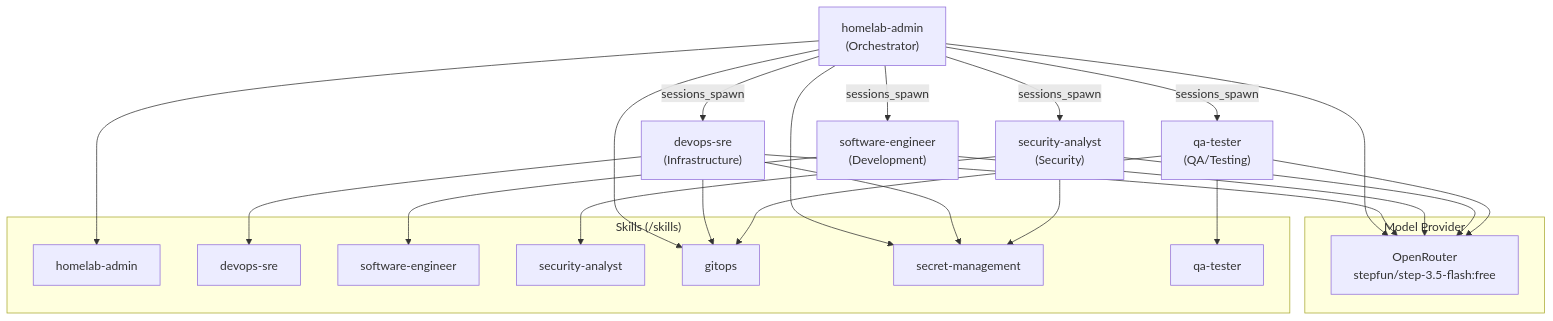
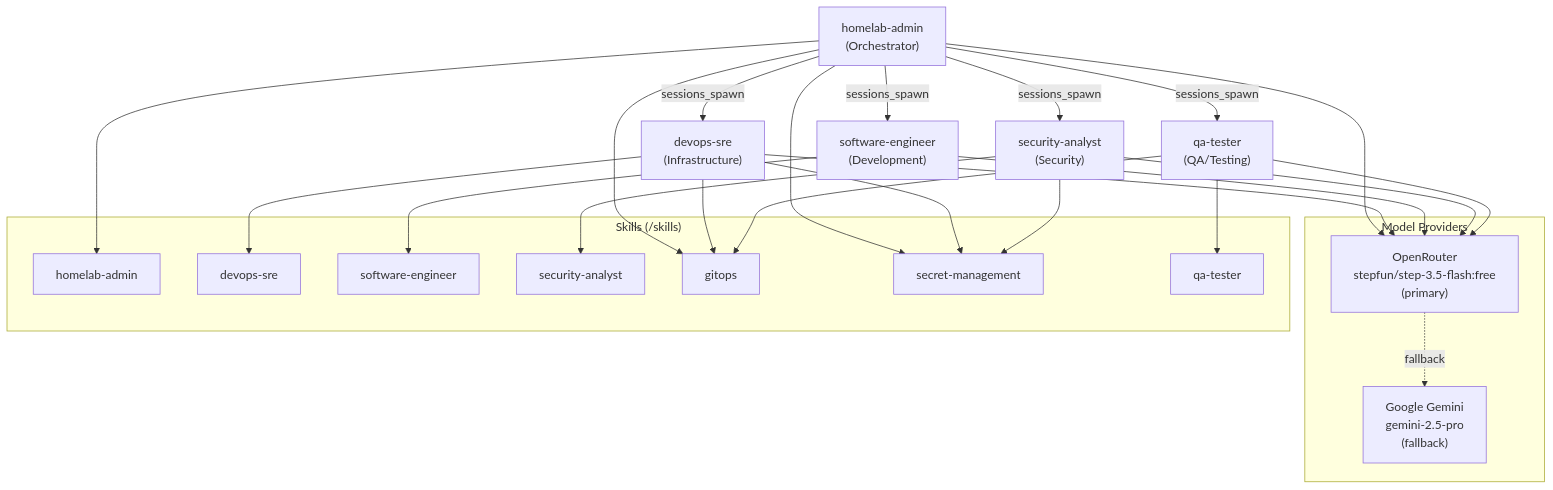
One commit to haingth77/homelab changed the fifth of 5 diagrams in k8s/apps/openclaw/README.md. Above: the diagram before and after it, drawn with Mermaid. The commit also changed other lines of this file and 11 other files, not shown here.

First line of the commit message:
feat: add Gemini 2.5 Pro as fallback model for all agents

````diff
--- a/k8s/apps/openclaw/README.md
+++ b/k8s/apps/openclaw/README.md
@@ -434,35 +437,37 @@
 ```mermaid
 flowchart TD
-    subgraph models["Model Provider"]
-        OpenRouterM["OpenRouter\nstepfun/step-3.5-flash:free"]
+    subgraph models["Model Providers"]
+        OpenRouterM["OpenRouter\nstepfun/step-3.5-flash:free\n(primary)"]
+        GeminiM["Google Gemini\ngemini-2.5-pro\n(fallback)"]
     end
 
     HA["homelab-admin\n(Orchestrator)"]
     DS["devops-sre\n(Infrastructure)"]
     SE["software-engineer\n(Development)"]
     SA["security-analyst\n(Security)"]
     QA["qa-tester\n(QA/Testing)"]
 
     HA -- "sessions_spawn" --> DS
     HA -- "sessions_spawn" --> SE
     HA -- "sessions_spawn" --> SA
     HA -- "sessions_spawn" --> QA
 
     HA & DS & SE & SA & QA --> OpenRouterM
+    OpenRouterM -. "fallback" .-> GeminiM
 
     subgraph skills["Skills (/skills)"]
         S1["homelab-admin"]
         S2["devops-sre"]
         S3["software-engineer"]
         S4["security-analyst"]
         S5["gitops"]
         S6["secret-management"]
         S7["qa-tester"]
     end
 
     HA --> S1 & S5 & S6
     DS --> S2 & S5 & S6
     SE --> S3
     SA --> S4 & S6
     QA --> S7 & S5
 ```
````
